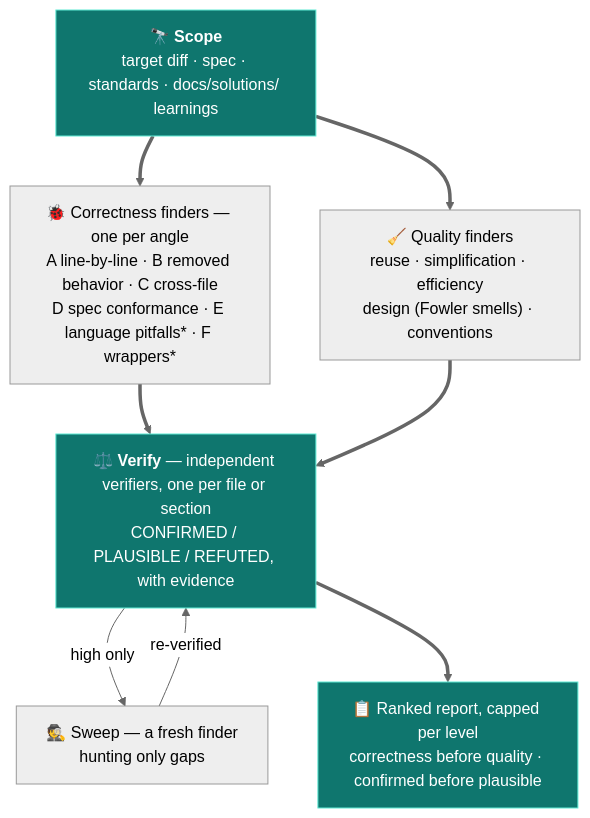
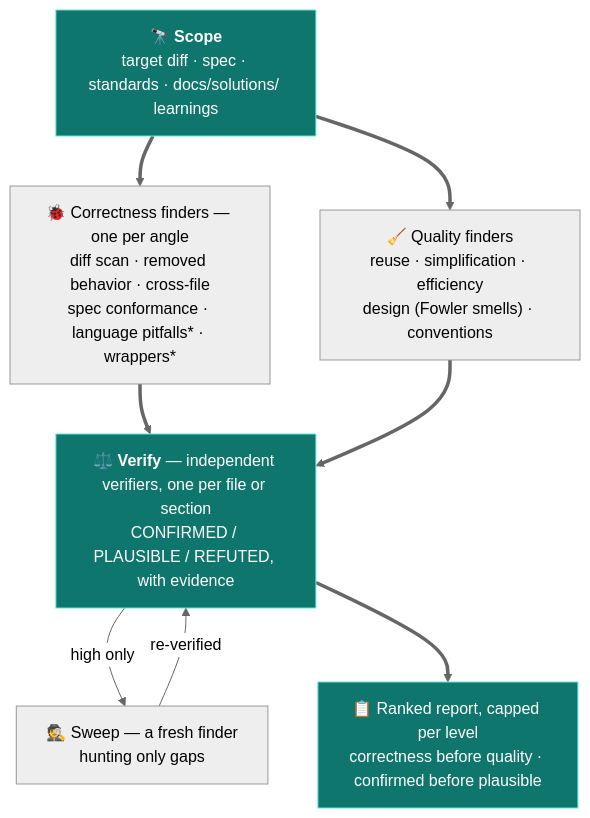
Before and after one commit to toverux/cantrips: the third of 5 diagrams in README.md, drawn with Mermaid (neutral theme). The commit also changed other lines of this file and 26 other files, not shown here.

````diff
--- a/README.md
+++ b/README.md
@@ -356,14 +356,14 @@
 ```mermaid
 flowchart TD
     scope["🔭 <b>Scope</b><br/>target diff · spec · standards · docs/solutions/ learnings"]
-    scope ==> corr["🐞 Correctness finders — one per angle<br/>A line-by-line · B removed behavior · C cross-file<br/>D spec conformance · E language pitfalls* · F wrappers*"]
+    scope ==> corr["🐞 Correctness finders — one per angle<br/>diff scan · removed behavior · cross-file<br/>spec conformance · language pitfalls* · wrappers*"]
     scope ==> qual["🧹 Quality finders<br/>reuse · simplification · efficiency<br/>design (Fowler smells) · conventions"]
     corr ==> verify["⚖️ <b>Verify</b> — independent verifiers, one per file or section<br/>CONFIRMED / PLAUSIBLE / REFUTED, with evidence"]
     qual ==> verify
     verify -- "high only" --> sweep["🕵️ Sweep — a fresh finder<br/>hunting only gaps"]
     sweep -- "re-verified" --> verify
     verify ==> report["📋 Ranked report, capped per level<br/>correctness before quality · confirmed before plausible"]
 
     classDef gateNode fill:#0f766e,stroke:#5eead4,color:#ffffff
     class scope,verify,report gateNode
 ```
````
